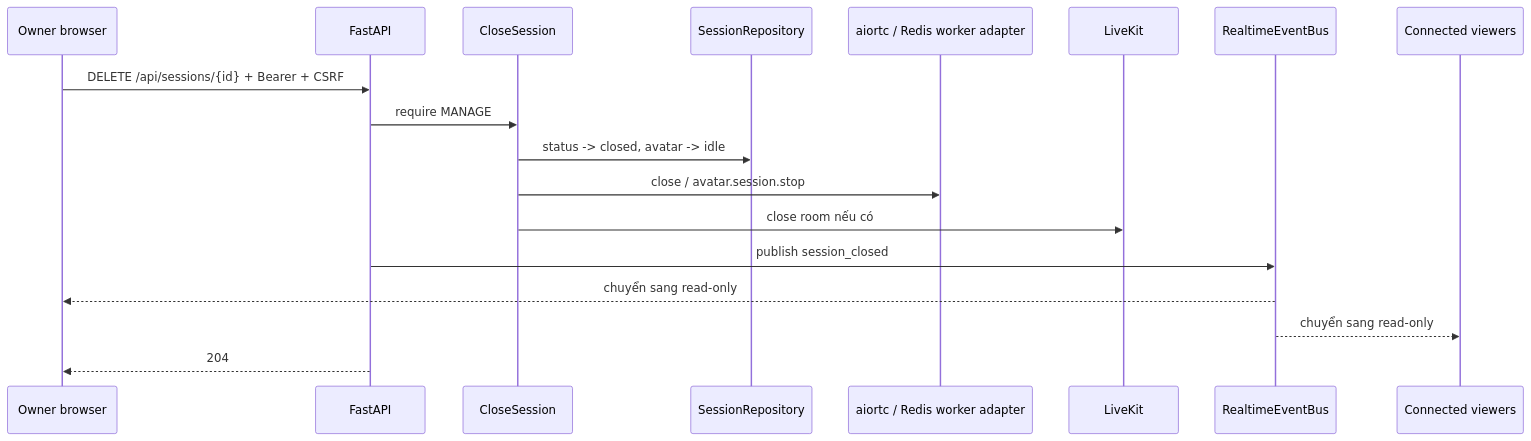
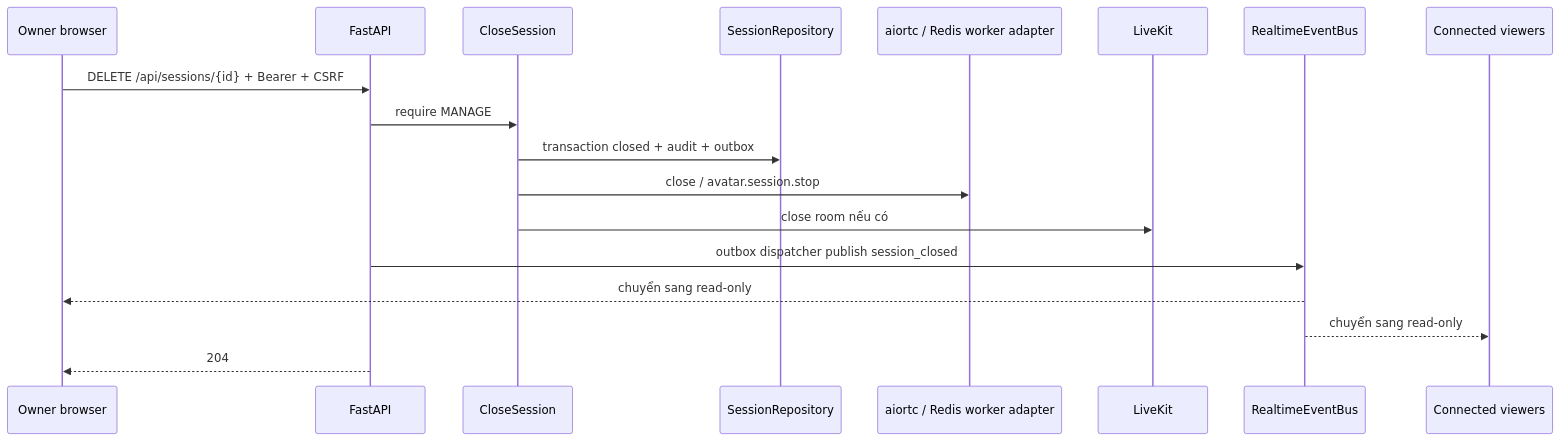
One commit to thinhphan97/PersonaForge changed the eighth of 8 diagrams in docs/server-flow.md. Above: the diagram before and after it, drawn with Mermaid. The commit also changed other lines of this file and 21 other files, not shown here.

````diff
--- a/docs/server-flow.md
+++ b/docs/server-flow.md
@@ -301,21 +307,21 @@
 ```mermaid
 sequenceDiagram
     participant O as Owner browser
     participant API as FastAPI
     participant C as CloseSession
     participant DB as SessionRepository
     participant Media as aiortc / Redis worker adapter
     participant Room as LiveKit
     participant Events as RealtimeEventBus
     participant V as Connected viewers
 
     O->>API: DELETE /api/sessions/{id} + Bearer + CSRF
     API->>C: require MANAGE
-    C->>DB: status -> closed, avatar -> idle
+    C->>DB: transaction closed + audit + outbox
     C->>Media: close / avatar.session.stop
     C->>Room: close room nếu có
-    API->>Events: publish session_closed
+    API->>Events: outbox dispatcher publish session_closed
     Events-->>O: chuyển sang read-only
     Events-->>V: chuyển sang read-only
     API-->>O: 204
 ```
````
